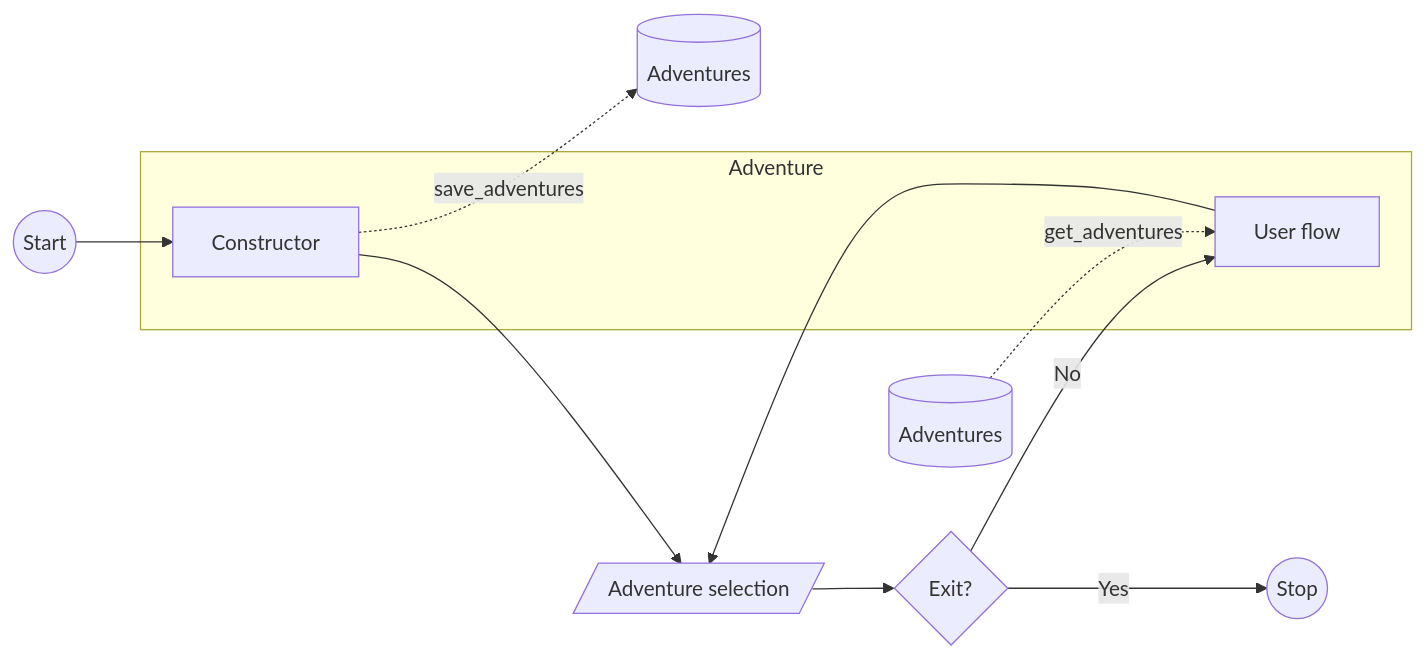
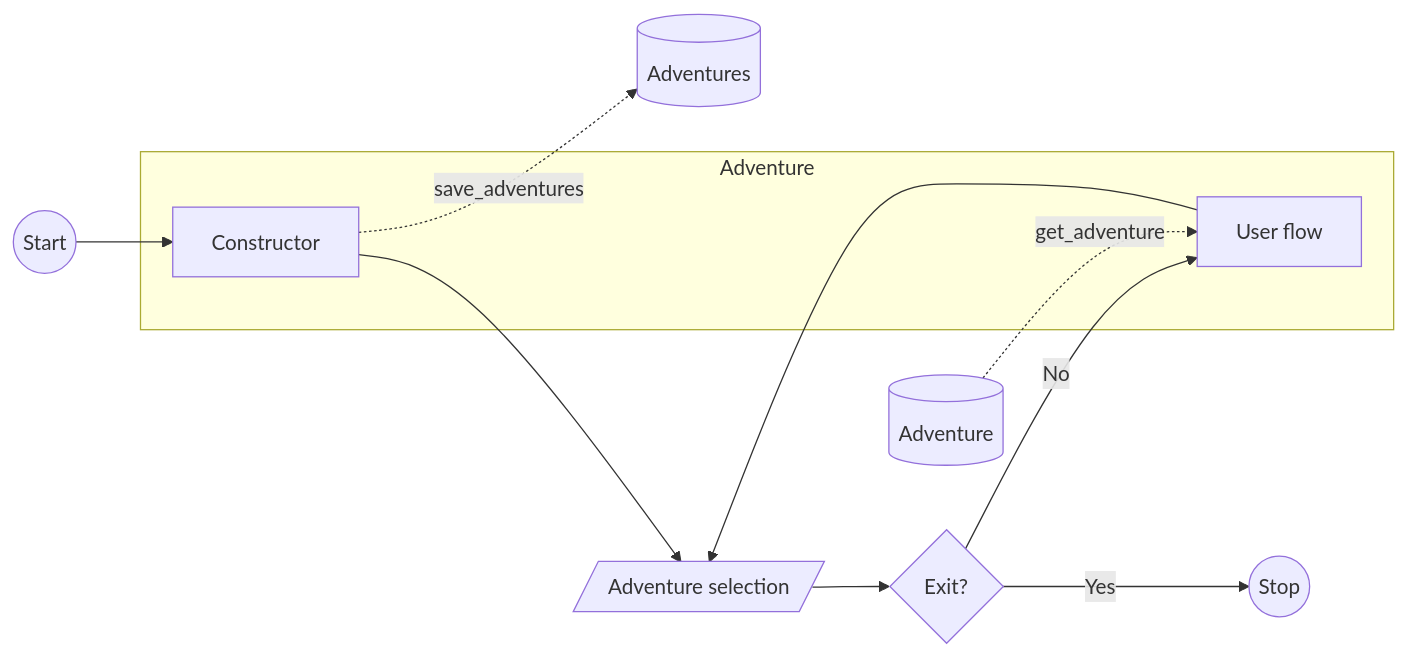
Before and after one commit to LioQing/verbose-adventure: the first of 3 diagrams in README.md, drawn with Mermaid.

Commit message:
Fix typo in scene diagram

````diff
--- a/README.md
+++ b/README.md
@@ -9,24 +9,24 @@
 ```mermaid
 flowchart LR
     start((Start))
     stop((Stop))
     adventuresDB[(Adventures)]
-    adventuresDB1[(Adventures)]
+    adventureDB[(Adventure)]
     selection[/Adventure selection/]
     exitQ{Exit?}
 
     subgraph "Adventure"
         userflow[User flow]
         construct[Constructor]
     end
 
     start --> construct
     construct -.save_adventures.-> adventuresDB
     construct --> selection
     selection --> exitQ
 
     exitQ -- Yes --> stop
-    adventuresDB1 -.get_adventures.-> userflow
+    adventureDB -.get_adventure.-> userflow
     exitQ -- No --> userflow
     userflow --> selection
 ```
````
